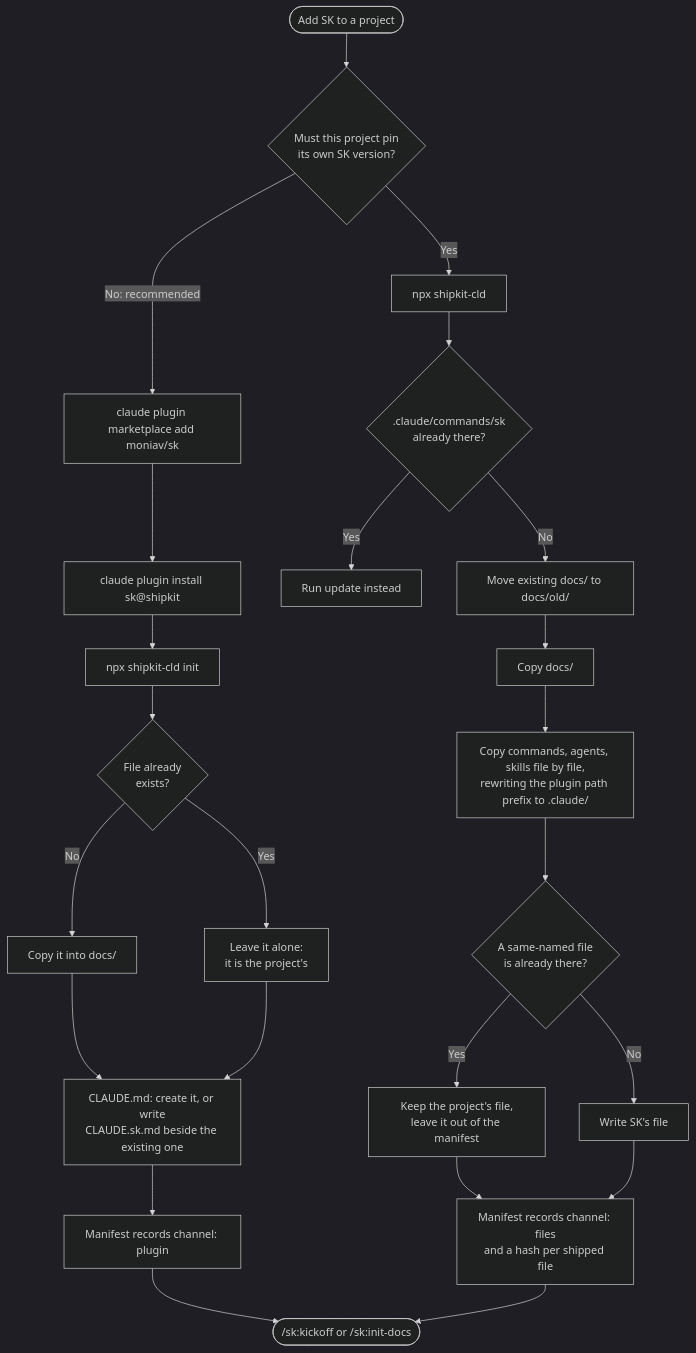
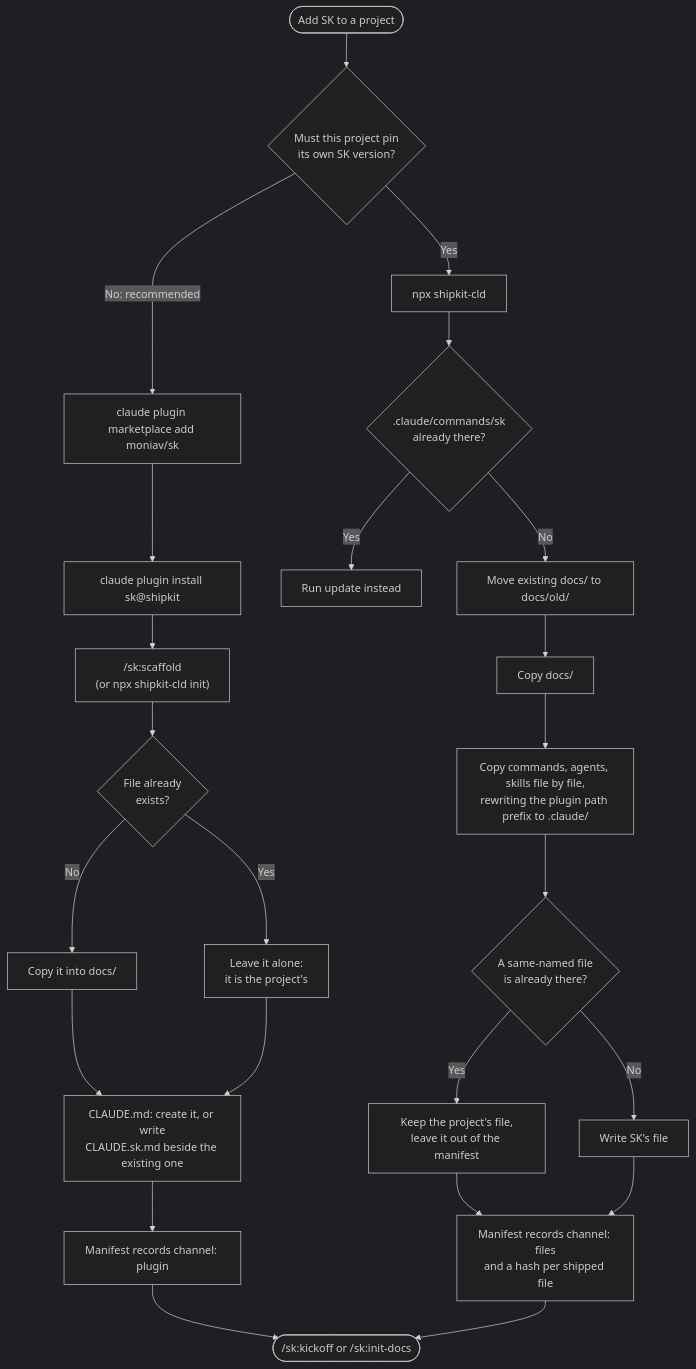
One commit to moniav/sk changed the diagram in docs/flows/install-channels.md. Above: the diagram before and after it, drawn with Mermaid (dark theme). The commit also changed 26 other files, not shown here.

````diff
--- a/docs/flows/install-channels.md
+++ b/docs/flows/install-channels.md
@@ -17,29 +17,29 @@
 ```mermaid
 flowchart TD
     Start([Add SK to a project]) --> Pin{Must this project pin<br/>its own SK version?}
 
     Pin -->|No: recommended| P1[claude plugin marketplace add moniav/sk]
     P1 --> P2[claude plugin install sk@shipkit]
-    P2 --> P3[npx shipkit-cld init]
+    P2 --> P3["/sk:scaffold<br/>(or npx shipkit-cld init)"]
     P3 --> P4{File already<br/>exists?}
     P4 -->|No| P5[Copy it into docs/]
     P4 -->|Yes| P6[Leave it alone:<br/>it is the project's]
     P5 --> P7
     P6 --> P7[CLAUDE.md: create it, or write<br/>CLAUDE.sk.md beside the existing one]
     P7 --> P8[Manifest records channel: plugin]
 
     Pin -->|Yes| F1[npx shipkit-cld]
     F1 --> F2{.claude/commands/sk<br/>already there?}
     F2 -->|Yes| F3[Run update instead]
     F2 -->|No| F4[Move existing docs/ to docs/old/]
     F4 --> F5[Copy docs/]
     F5 --> F6[Copy commands, agents, skills file by file,<br/>rewriting the plugin path prefix to .claude/]
     F6 --> F7{A same-named file<br/>is already there?}
     F7 -->|Yes| F8[Keep the project's file,<br/>leave it out of the manifest]
     F7 -->|No| F9[Write SK's file]
     F8 --> F10
     F9 --> F10[Manifest records channel: files<br/>and a hash per shipped file]
 
     P8 --> Done([/sk:kickoff or /sk:init-docs])
     F10 --> Done
 ```
````
